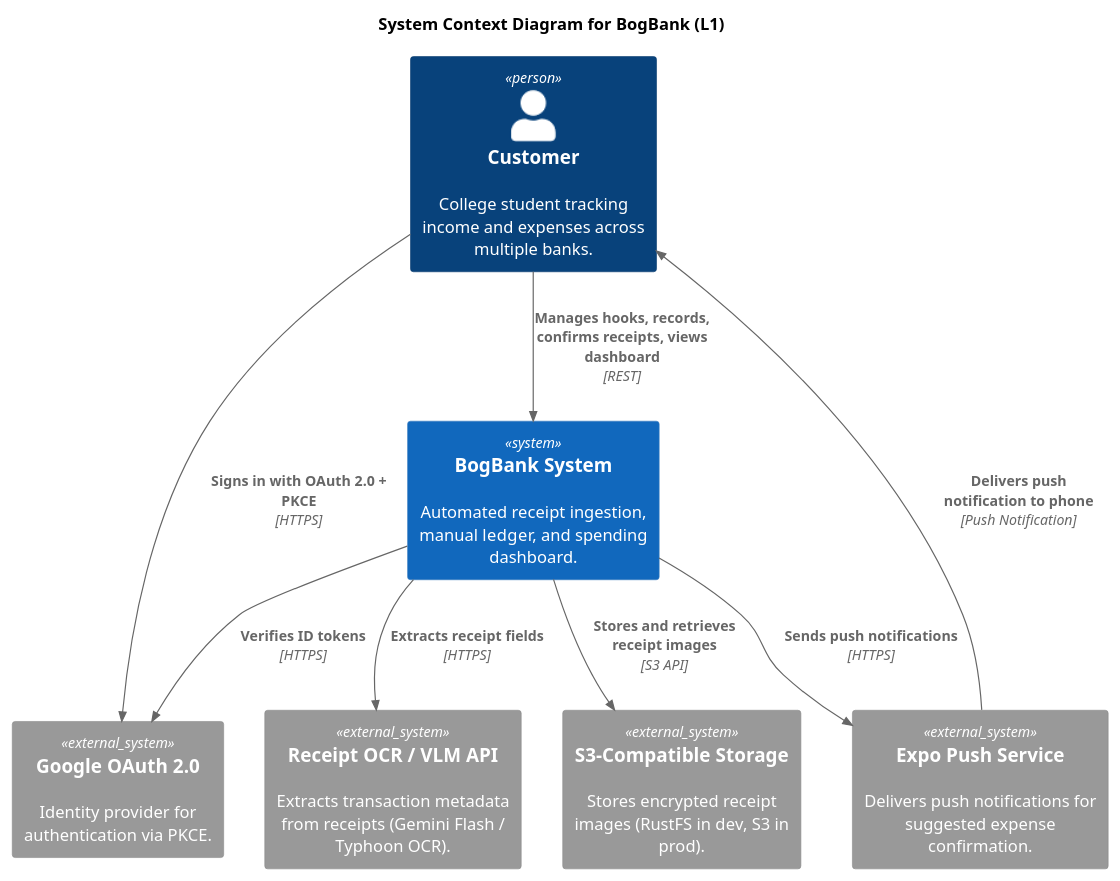
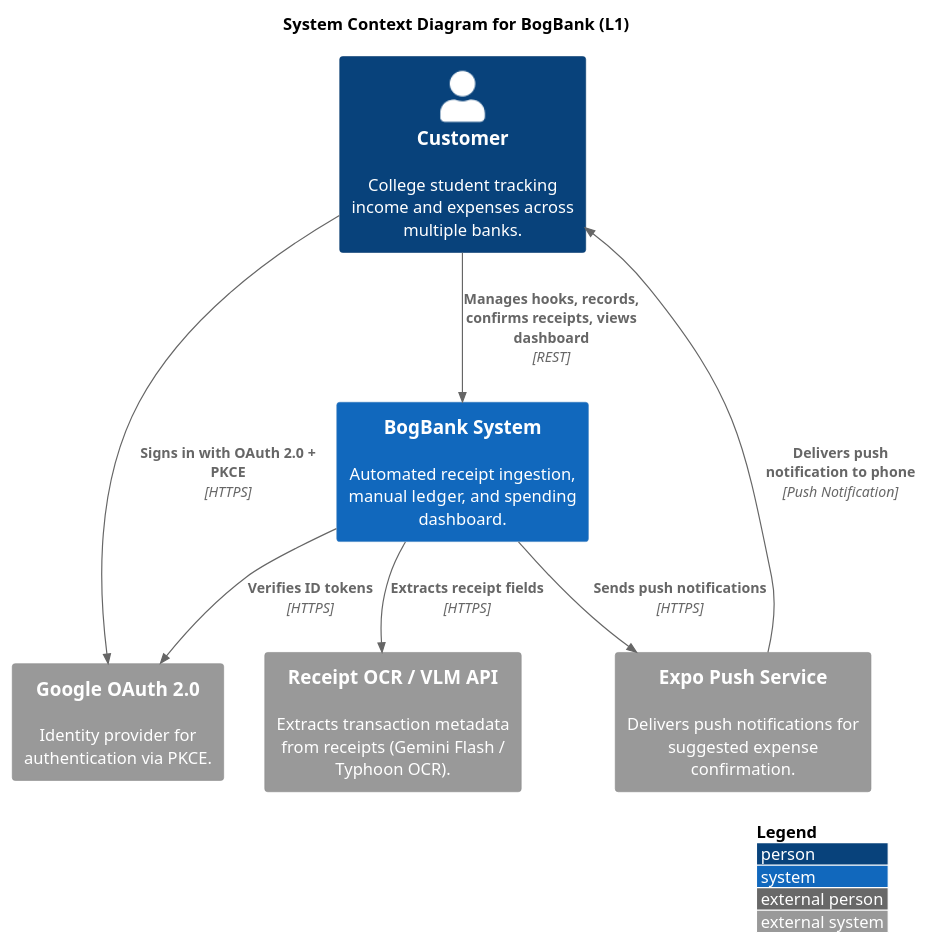
The first of 7 diagrams in docs/arch/microservices-design/architecture-diagram.puml (moomaideng/bogbank), drawn with PlantUML before and after one commit. The commit also changed other lines of this file and 9 other files, not shown here.

```diff
--- a/docs/arch/microservices-design/architecture-diagram.puml
+++ b/docs/arch/microservices-design/architecture-diagram.puml
@@ -1,21 +1,20 @@
 @startuml C4_Context_BogBank
 !include <C4/C4_Context>
+LAYOUT_WITH_LEGEND()
 
 title System Context Diagram for BogBank (L1)
 
 Person(customer, "Customer", "College student tracking income and expenses across multiple banks.")
 System(bogbank, "BogBank System", "Automated receipt ingestion, manual ledger, and spending dashboard.")
 
 System_Ext(google_auth, "Google OAuth 2.0", "Identity provider for authentication via PKCE.")
 System_Ext(vlm_api, "Receipt OCR / VLM API", "Extracts transaction metadata from receipts (Gemini Flash / Typhoon OCR).")
 System_Ext(expo_push, "Expo Push Service", "Delivers push notifications for suggested expense confirmation.")
-System_Ext(object_storage, "S3-Compatible Storage", "Stores encrypted receipt images (RustFS in dev, S3 in prod).")
 
 Rel(customer, bogbank, "Manages hooks, records, confirms receipts, views dashboard", "REST")
 Rel(customer, google_auth, "Signs in with OAuth 2.0 + PKCE", "HTTPS")
 Rel(bogbank, google_auth, "Verifies ID tokens", "HTTPS")
 Rel(bogbank, vlm_api, "Extracts receipt fields", "HTTPS")
 Rel(bogbank, expo_push, "Sends push notifications", "HTTPS")
 Rel(expo_push, customer, "Delivers push notification to phone", "Push Notification")
-Rel(bogbank, object_storage, "Stores and retrieves receipt images", "S3 API")
 @enduml
```
